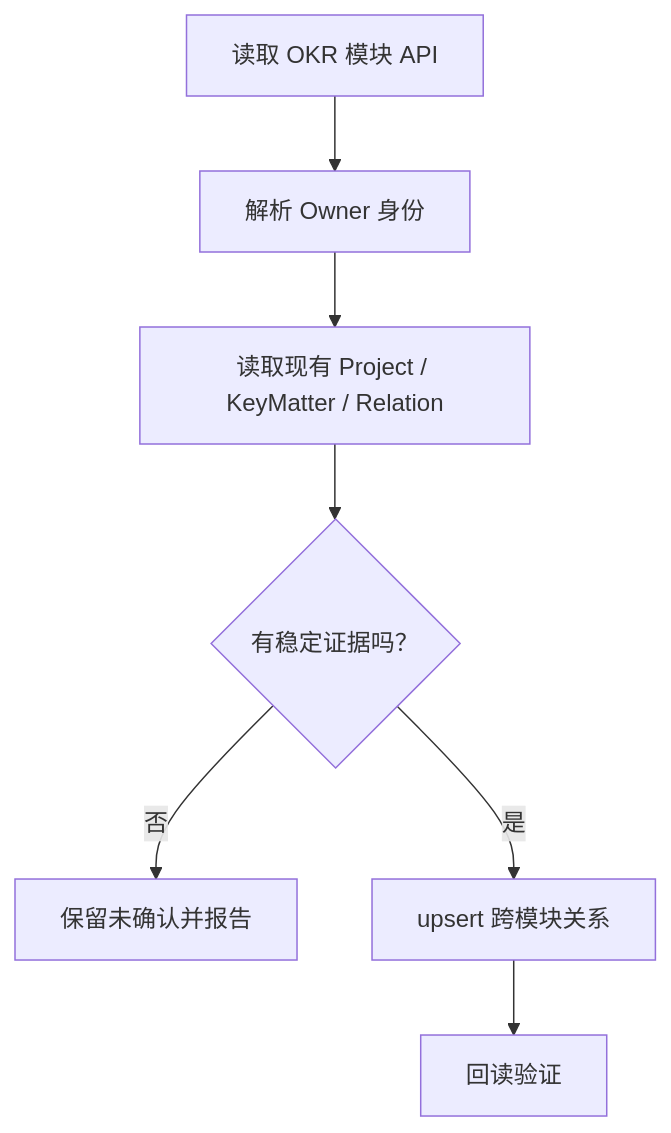
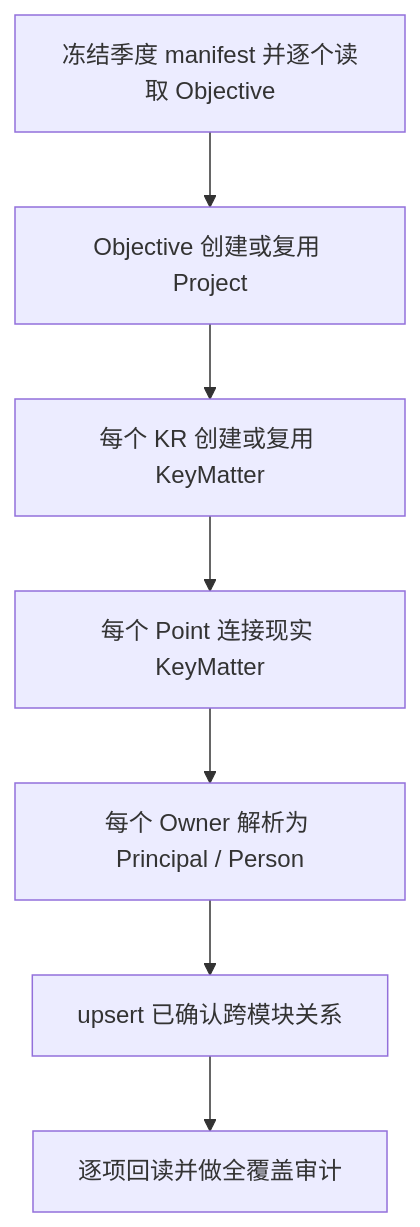
One commit to mjscjj/jarvis changed the third of 5 diagrams in docs/summery/okr-jarvis-world-model-integration.md. Above: the diagram before and after it, drawn with Mermaid. The commit also changed other lines of this file and 79 other files, not shown here.

Commit message:
feat(okr): unify Biz OKR and project it into world map

````diff
--- a/docs/summery/okr-jarvis-world-model-integration.md
+++ b/docs/summery/okr-jarvis-world-model-integration.md
@@ -848,9 +850,9 @@
 ```mermaid
 flowchart TD
-    A["读取 OKR 模块 API"] --> B["解析 Owner 身份"]
-    B --> C["读取现有 Project / KeyMatter / Relation"]
-    C --> D{"有稳定证据吗？"}
-    D -->|否| E["保留未确认并报告"]
-    D -->|是| F["upsert 跨模块关系"]
-    F --> G["回读验证"]
+    A["冻结季度 manifest 并逐个读取 Objective"] --> B["Objective 创建或复用 Project"]
+    B --> C["每个 KR 创建或复用 KeyMatter"]
+    C --> D["每个 Point 连接现实 KeyMatter"]
+    D --> E["每个 Owner 解析为 Principal / Person"]
+    E --> F["upsert 已确认跨模块关系"]
+    F --> G["逐项回读并做全覆盖审计"]
 ```
````
